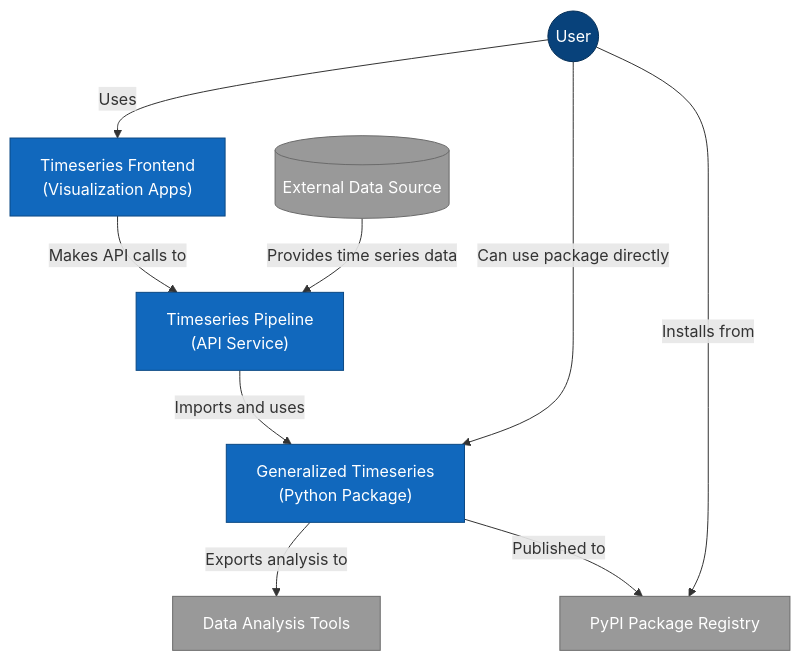
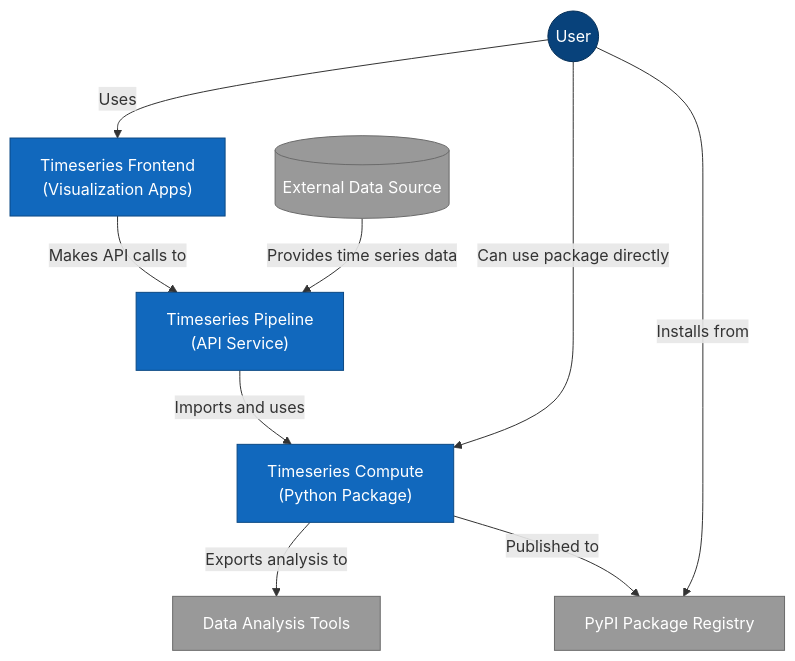
The second of 6 diagrams in README.md (garthmortensen/timeseries-compute), drawn with Mermaid before and after one commit. The commit also changed other lines of this file and 25 other files, not shown here.

Commit message:
Rename: Rename to Timeseries Compute

````diff
--- a/README.md
+++ b/README.md
@@ -66,29 +66,29 @@
 ```mermaid
 flowchart TB
     %% Styling
     classDef person fill:#08427B,color:#fff,stroke:#052E56,stroke-width:1px
     classDef system fill:#1168BD,color:#fff,stroke:#0B4884,stroke-width:1px
     classDef external fill:#999999,color:#fff,stroke:#6B6B6B,stroke-width:1px
     %% Actors and Systems
     User((User)):::person
     %% Main Systems
     TimeSeriesFrontend["Timeseries Frontend
     (Visualization Apps)"]:::system
     TimeSeriesPipeline["Timeseries Pipeline
     (API Service)"]:::system
-    GeneralizedTimeseries["Generalized Timeseries
+    TimeseriesCompute["Timeseries Compute
     (Python Package)"]:::system
     %% External Systems
     ExternalDataSource[(External Data Source)]:::external
     AnalysisTool["Data Analysis Tools"]:::external
     PyPI["PyPI Package Registry"]:::external
     %% Relationships
     User -- "Uses" --> TimeSeriesFrontend
     TimeSeriesFrontend -- "Makes API calls to" --> TimeSeriesPipeline
-    TimeSeriesPipeline -- "Imports and uses" --> GeneralizedTimeseries
-    User -- "Can use package directly" --> GeneralizedTimeseries  
+    TimeSeriesPipeline -- "Imports and uses" --> TimeseriesCompute
+    User -- "Can use package directly" --> TimeseriesCompute  
     ExternalDataSource -- "Provides time series data" --> TimeSeriesPipeline
-    GeneralizedTimeseries -- "Exports analysis to" --> AnalysisTool
-    GeneralizedTimeseries -- "Published to" --> PyPI
+    TimeseriesCompute -- "Exports analysis to" --> AnalysisTool
+    TimeseriesCompute -- "Published to" --> PyPI
     User -- "Installs from" --> PyPI
 ```
````
